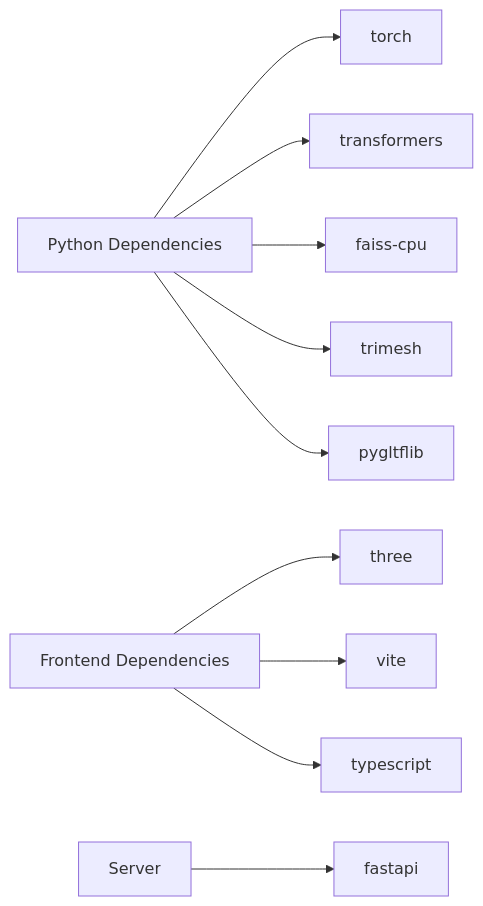
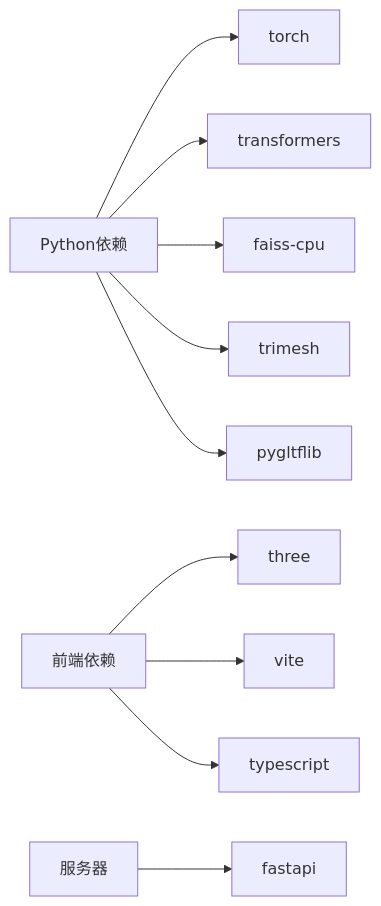
Before and after one commit to wsqstar/RoadGen3D: the sixth of 6 diagrams in .qoder/repowiki/zh/content/项目概述/项目概述.md, drawn with Mermaid. The commit also changed other lines of this file and 10 other files, not shown here.

First line of the commit message:
docs(architecture): update system architecture with OSM and POI integration

````diff
--- a/.qoder/repowiki/zh/content/项目概述/项目概述.md
+++ b/.qoder/repowiki/zh/content/项目概述/项目概述.md
@@ -454,12 +437,12 @@
 ```mermaid
 graph LR
-PY["Python Dependencies"] --> TORCH["torch"]
+PY["Python依赖"] --> TORCH["torch"]
 PY --> TRANS["transformers"]
 PY --> FAISS["faiss-cpu"]
 PY --> TRIM["trimesh"]
 PY --> GLTF["pygltflib"]
-FE["Frontend Dependencies"] --> THREE["three"]
+FE["前端依赖"] --> THREE["three"]
 FE --> VITE["vite"]
 FE --> TS["typescript"]
-SVC["Server"] --> FASTAPI["fastapi"]
+SVC["服务器"] --> FASTAPI["fastapi"]
 ```
````
